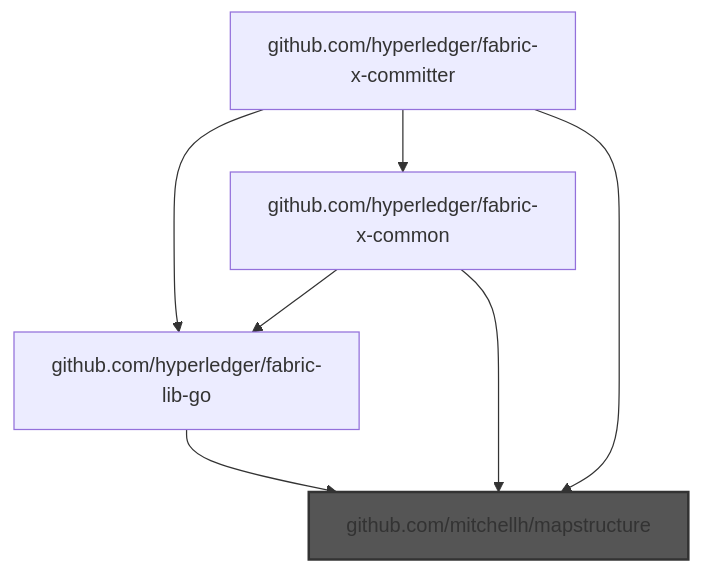
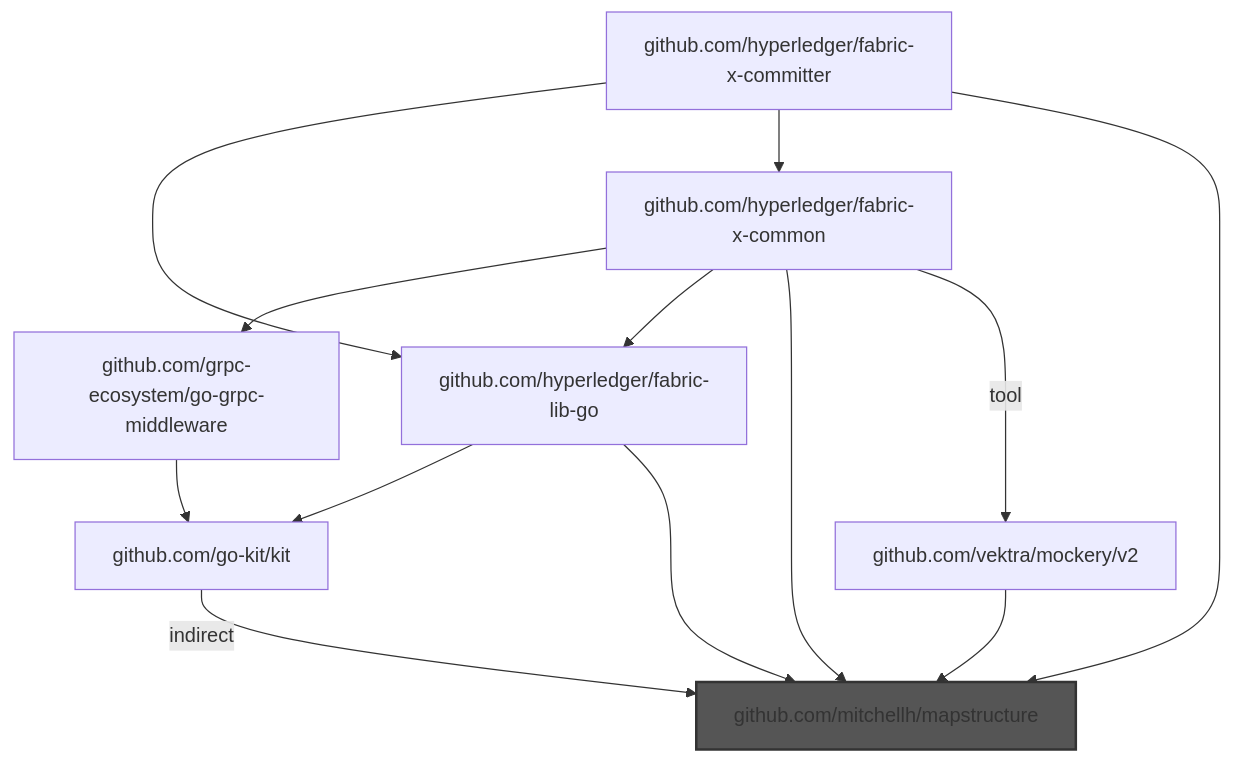
One commit to liran-funaro/fabric-x-committer changed diagram 12 of 18 in bad-imports-analysis.md. Above: the diagram before and after it, drawn with Mermaid. The commit also changed other lines of this file and 2 other files, not shown here.

````diff
--- a/bad-imports-analysis.md
+++ b/bad-imports-analysis.md
@@ -1287,10 +2092,16 @@
 ```mermaid
 graph TD
+    github.com/go-kit/kit -->|indirect| github.com/mitchellh/mapstructure
+    github.com/grpc-ecosystem/go-grpc-middleware --> github.com/go-kit/kit
+    github.com/hyperledger/fabric-lib-go --> github.com/go-kit/kit
     github.com/hyperledger/fabric-lib-go --> github.com/mitchellh/mapstructure
     github.com/hyperledger/fabric-x-committer --> github.com/hyperledger/fabric-lib-go
     github.com/hyperledger/fabric-x-committer --> github.com/hyperledger/fabric-x-common
     github.com/hyperledger/fabric-x-committer --> github.com/mitchellh/mapstructure
+    github.com/hyperledger/fabric-x-common --> github.com/grpc-ecosystem/go-grpc-middleware
     github.com/hyperledger/fabric-x-common --> github.com/hyperledger/fabric-lib-go
     github.com/hyperledger/fabric-x-common --> github.com/mitchellh/mapstructure
+    github.com/hyperledger/fabric-x-common -->|tool| github.com/vektra/mockery/v2
+    github.com/vektra/mockery/v2 --> github.com/mitchellh/mapstructure
     style github.com/mitchellh/mapstructure fill:#555,stroke:#333,stroke-width:2px
 ```
````
